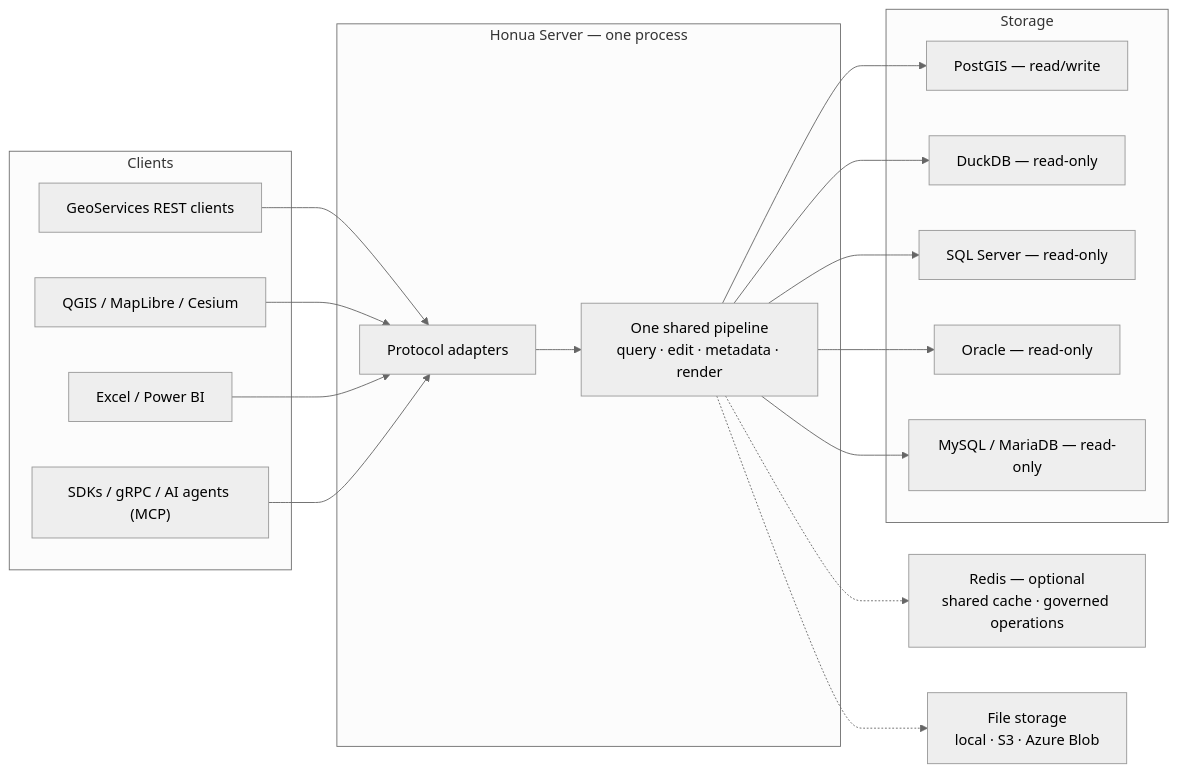
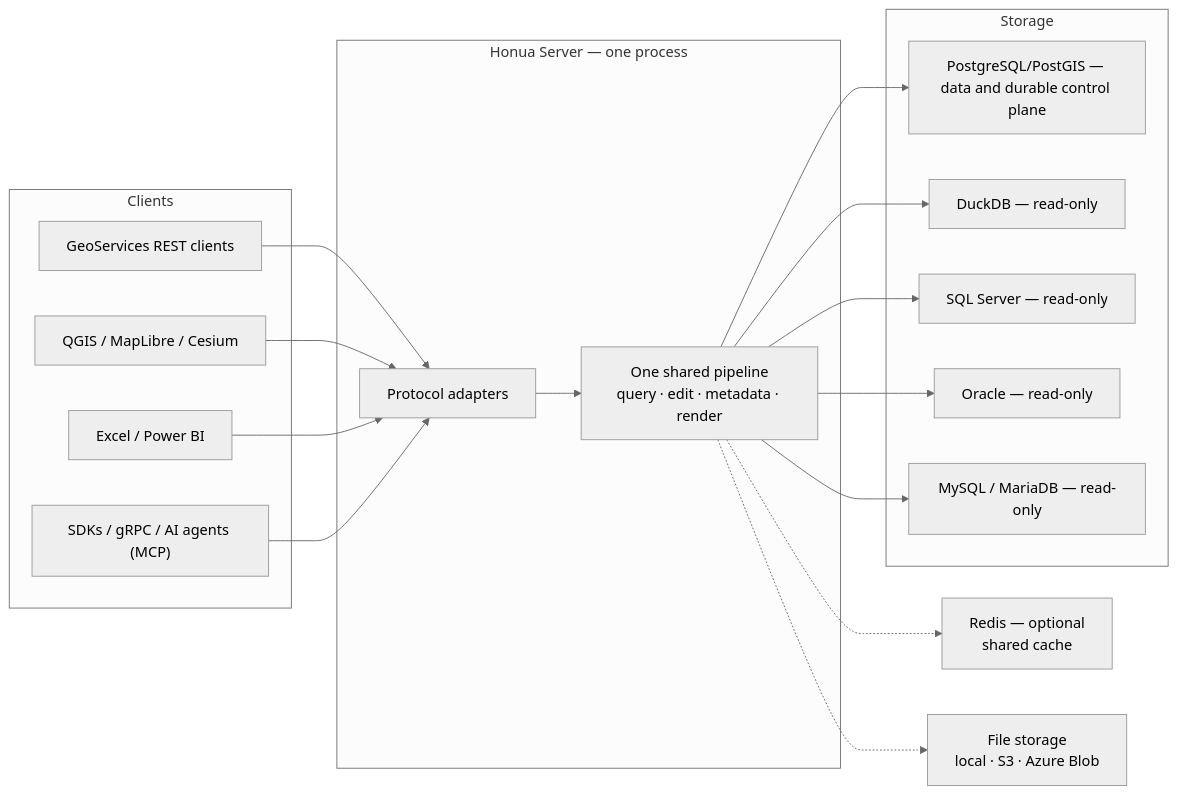
Before and after one commit to honua-io/honua-server: the diagram in docs/concepts/architecture.md, drawn with Mermaid (neutral theme). The commit also changed other lines of this file and 1 other file, not shown here.

Commit message:
docs: describe PostgreSQL workflow and governed operation durability

````diff
--- a/docs/concepts/architecture.md
+++ b/docs/concepts/architecture.md
@@ -25,40 +25,40 @@
 ```mermaid
 flowchart LR
   subgraph clients["Clients"]
     geoservices["GeoServices REST clients"]
     ogc["QGIS / MapLibre / Cesium"]
     bi["Excel / Power BI"]
     sdk["SDKs / gRPC / AI agents (MCP)"]
   end
 
   subgraph server["Honua Server — one process"]
     adapters["Protocol adapters"]
     pipeline["One shared pipeline<br/>query · edit · metadata · render"]
     adapters --> pipeline
   end
 
   subgraph storage["Storage"]
-    postgis["PostGIS — read/write"]
+    postgis["PostgreSQL/PostGIS — data and durable control plane"]
     duckdb["DuckDB — read-only"]
     mssql["SQL Server — read-only"]
     oracle["Oracle — read-only"]
     mysql["MySQL / MariaDB — read-only"]
   end
 
-  redis["Redis — optional<br/>shared cache · governed operations"]
+  redis["Redis — optional<br/>shared cache"]
   files["File storage<br/>local · S3 · Azure Blob"]
 
   geoservices --> adapters
   ogc --> adapters
   bi --> adapters
   sdk --> adapters
 
   pipeline --> postgis
   pipeline --> duckdb
   pipeline --> mssql
   pipeline --> oracle
   pipeline --> mysql
 
   pipeline -.-> redis
   pipeline -.-> files
 ```
````
